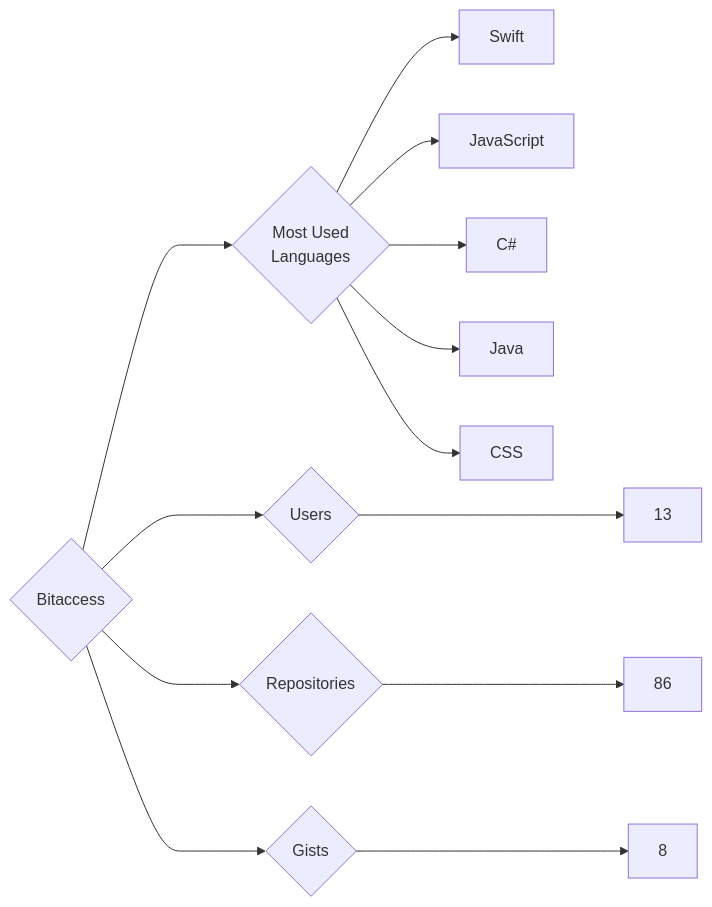
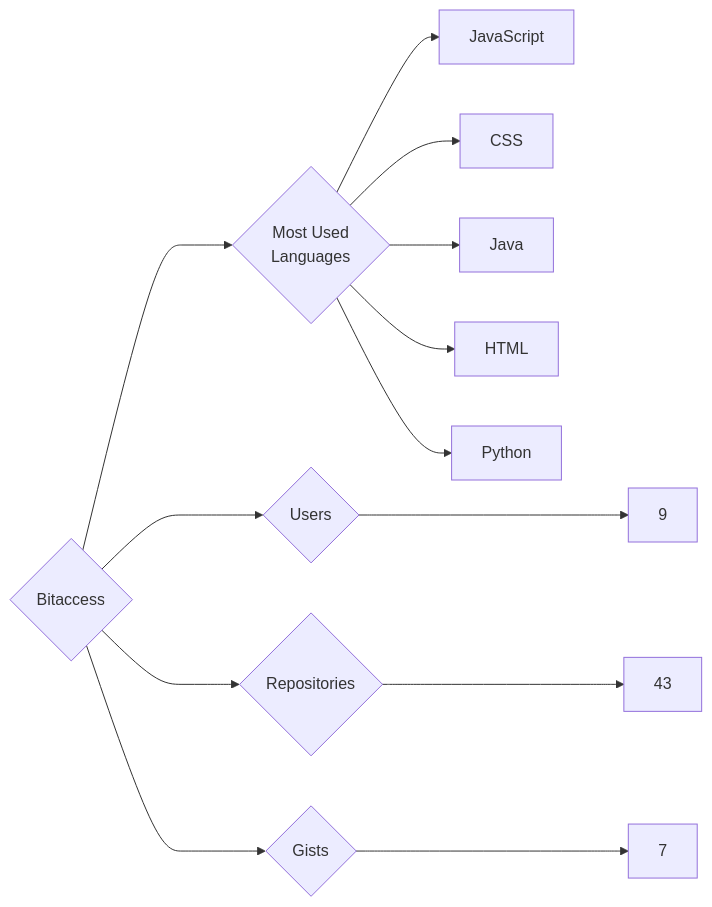
One commit to trickest/insiders changed the diagram in targets/Bitaccess/README.md. Above: the diagram before and after it, drawn with Mermaid. The commit also changed 1238 other files, not shown here.

````diff
--- a/targets/Bitaccess/README.md
+++ b/targets/Bitaccess/README.md
@@ -3,13 +3,13 @@
 ```mermaid
 graph LR
 COMPANY_NAME{Bitaccess}
-COMPANY_NAME ---> U{Users} ---> UN[13]
-COMPANY_NAME ---> R{Repositories} ---> RN[86]
-COMPANY_NAME ---> G{Gists} ---> GN[8]
+COMPANY_NAME ---> U{Users} ---> UN[9]
+COMPANY_NAME ---> R{Repositories} ---> RN[43]
+COMPANY_NAME ---> G{Gists} ---> GN[7]
 COMPANY_NAME ---> ML{Most Used<br>Languages}
-ML --> Swift[Swift]
 ML --> JavaScript[JavaScript]
-ML --> C#[C#]
+ML --> CSS[CSS]
 ML --> Java[Java]
-ML --> CSS[CSS]
+ML --> HTML[HTML]
+ML --> Python[Python]
 ```
````
